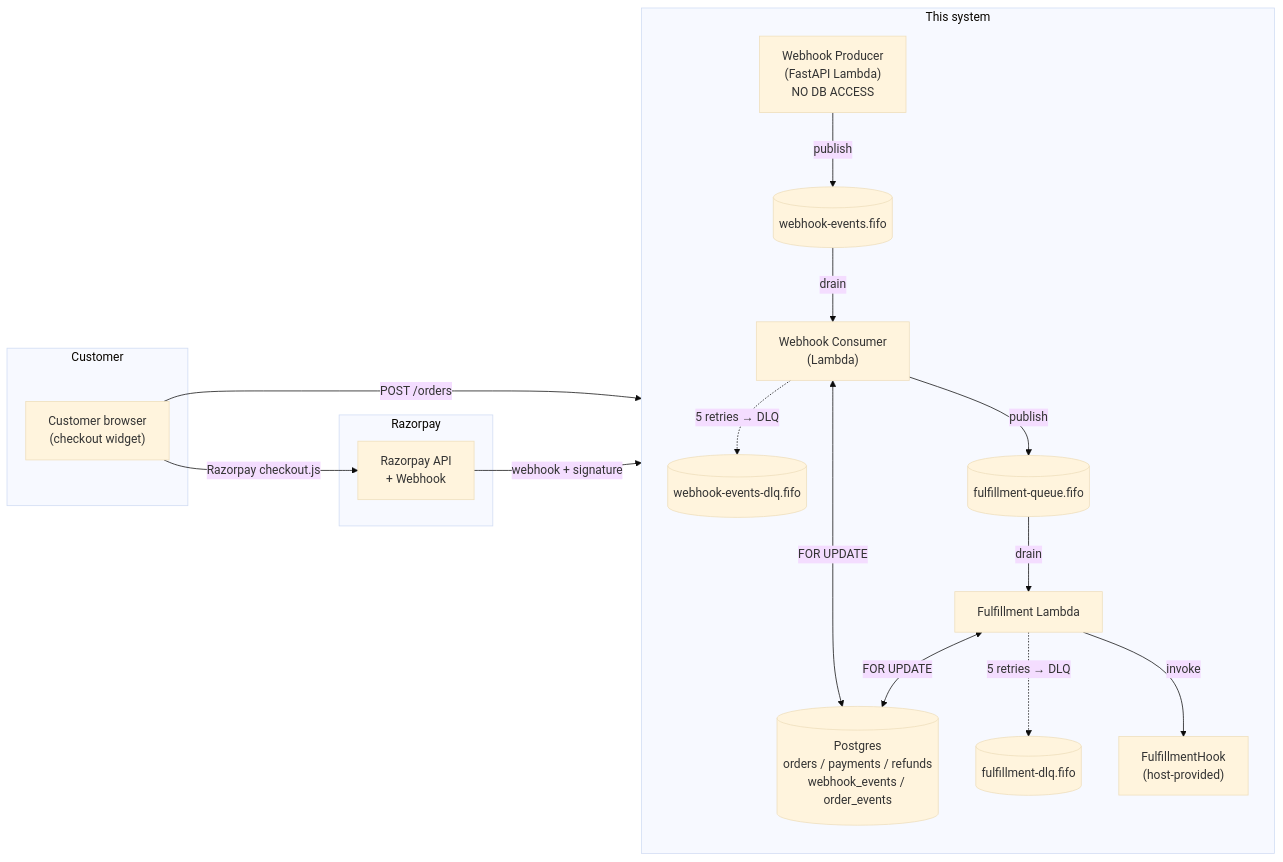
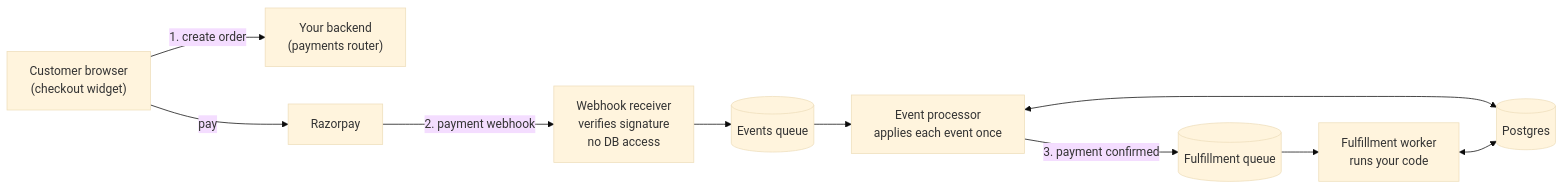
One commit to akhiljoe/razorpay-payment-integration changed the diagram in README.md. Above: the diagram before and after it, drawn with Mermaid (base theme). The commit also changed other lines of this file, not shown here.

````diff
--- a/README.md
+++ b/README.md
@@ -53,36 +27,20 @@
 ```mermaid
 flowchart LR
-  subgraph Customer
-    Browser["Customer browser<br/>(checkout widget)"]
-  end
+  Browser["Customer browser<br/>(checkout widget)"]
+  API["Your backend<br/>(payments router)"]
+  RZP["Razorpay"]
+  Producer["Webhook receiver<br/>verifies signature<br/>no DB access"]
+  WQ[("Events queue")]
+  Consumer["Event processor<br/>applies each event once"]
+  FQ[("Fulfillment queue")]
+  Fulfillment["Fulfillment worker<br/>runs your code"]
+  DB[("Postgres")]
 
-  subgraph Razorpay
-    RZP["Razorpay API<br/>+ Webhook"]
-  end
-
-  subgraph "This system"
-    direction TB
-    Producer["Webhook Producer<br/>(FastAPI Lambda)<br/>NO DB ACCESS"]
-    WQ[("webhook-events.fifo")]
-    WDLQ[("webhook-events-dlq.fifo")]
-    Consumer["Webhook Consumer<br/>(Lambda)"]
-    FQ[("fulfillment-queue.fifo")]
-    FDLQ[("fulfillment-dlq.fifo")]
-    Fulfillment["Fulfillment Lambda"]
-    DB[("Postgres<br/>orders / payments / refunds<br/>webhook_events / order_events")]
-    Hook["FulfillmentHook<br/>(host-provided)"]
-  end
-
-  Browser -->|POST /orders| Producer
-  Browser -->|Razorpay checkout.js| RZP
-  RZP -->|webhook + signature| Producer
-  Producer -->|publish| WQ
-  WQ -->|drain| Consumer
-  Consumer -.->|5 retries → DLQ| WDLQ
-  Consumer <-->|FOR UPDATE| DB
-  Consumer -->|publish| FQ
-  FQ -->|drain| Fulfillment
-  Fulfillment -.->|5 retries → DLQ| FDLQ
-  Fulfillment <-->|FOR UPDATE| DB
-  Fulfillment -->|invoke| Hook
+  Browser -->|1. create order| API
+  Browser -->|pay| RZP
+  RZP -->|2. payment webhook| Producer
+  Producer --> WQ --> Consumer
+  Consumer <--> DB
+  Consumer -->|3. payment confirmed| FQ --> Fulfillment
+  Fulfillment <--> DB
 ```
````
